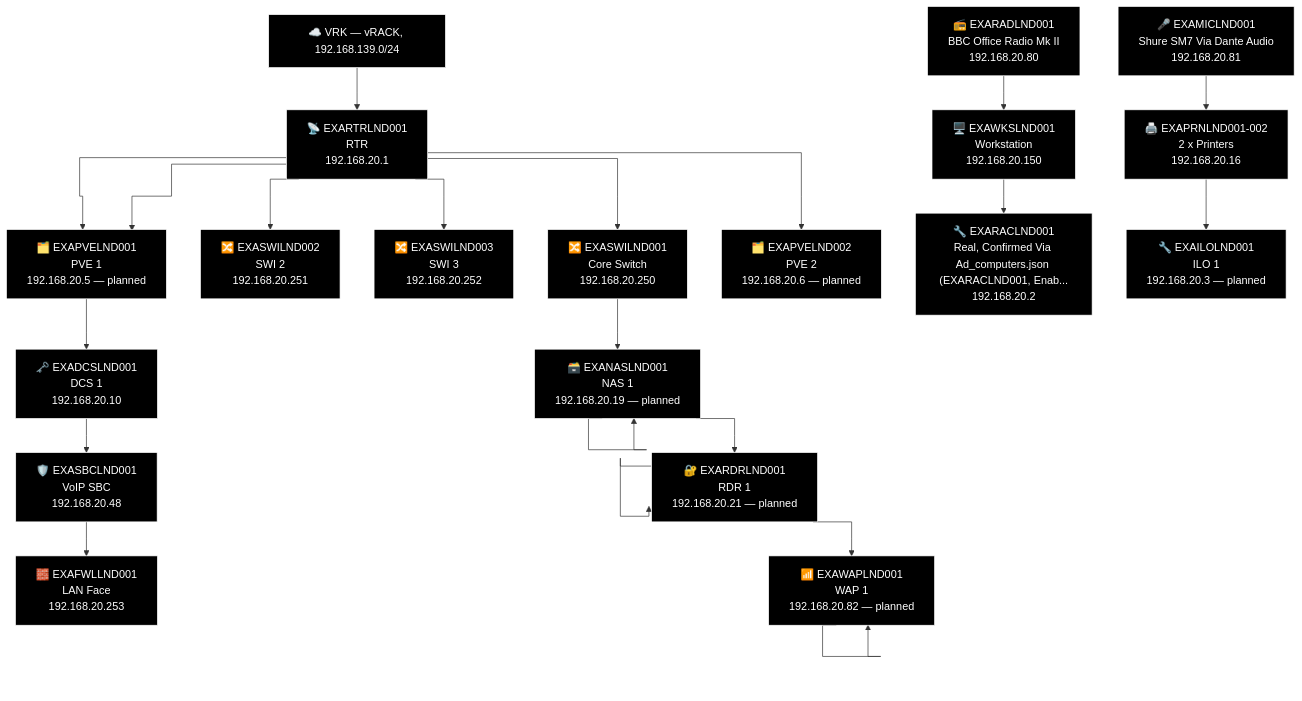
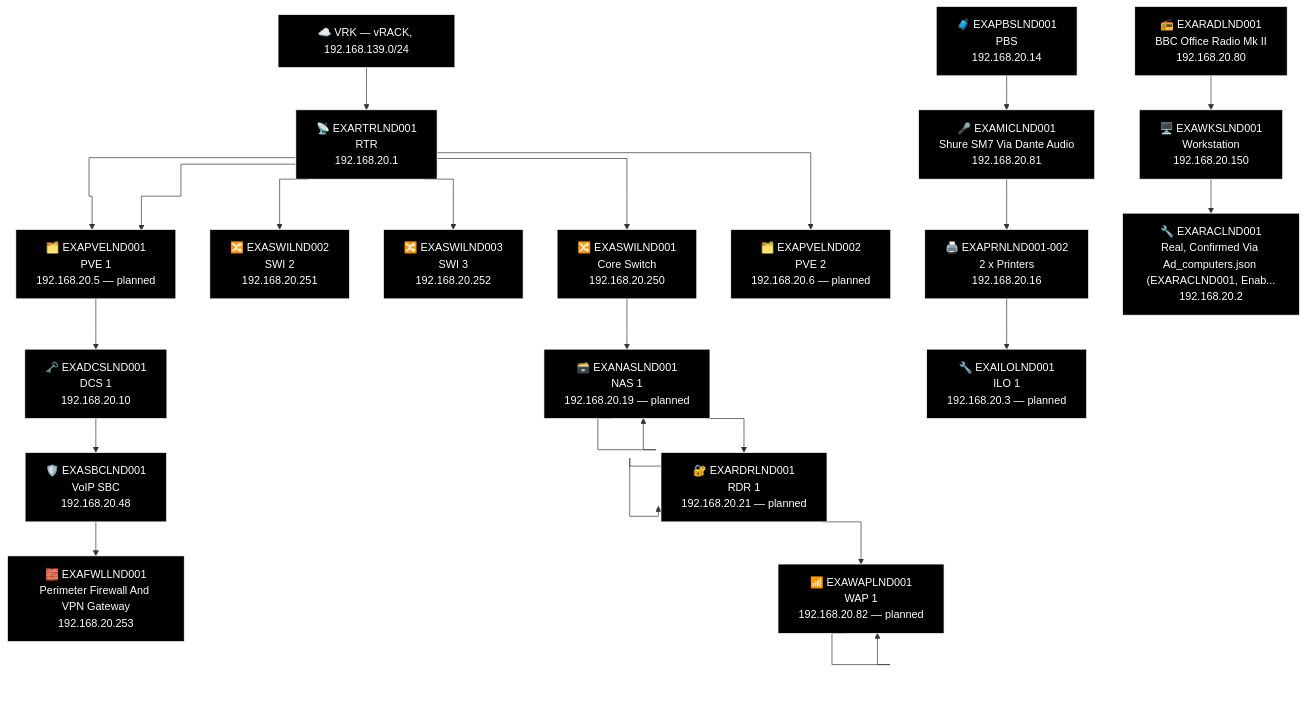
One commit to knightmare2600/example_music_infra changed the third of 27 diagrams in docs/network-diagram/england.md. Above: the diagram before and after it, drawn with Mermaid. The commit also changed other lines of this file and 14 other files, not shown here.

First line of the commit message:
docs/network-diagram: regenerate, every site was missing its PBS node

````diff
--- a/docs/network-diagram/england.md
+++ b/docs/network-diagram/england.md
@@ -97,63 +97,65 @@
 ```mermaid
 %% GENERATED:TOPOLOGY:LND:START
 %%{init: {'flowchart': {'curve': 'stepAfter'}}}%%
 graph TD
     T_VRK["☁️ VRK — vRACK, 192.168.139.0/24"]
     T_RTR["📡 EXARTRLND001<br/>RTR<br/>192.168.20.1"]
     T_VRK --> T_RTR
     T_PVE["🗂️ EXAPVELND001<br/>PVE 1<br/>192.168.20.5"]
     T_RTR --> T_PVE
     T_SWI["🔀 EXASWILND002<br/>SWI 2<br/>192.168.20.251"]
     T_RTR --> T_SWI
     T_SWI2["🔀 EXASWILND003<br/>SWI 3<br/>192.168.20.252"]
     T_RTR --> T_SWI2
     T_SWI3["🔀 EXASWILND001<br/>Core Switch<br/>192.168.20.250"]
     T_RTR --> T_SWI3
     T_PVE["🗂️ EXAPVELND001<br/>PVE 1<br/>192.168.20.5 — planned"]
     T_RTR --> T_PVE
     T_PVE2["🗂️ EXAPVELND002<br/>PVE 2<br/>192.168.20.6 — planned"]
     T_RTR --> T_PVE2
     T_NAS["🗃️ EXANASLND001<br/>NAS<br/>192.168.20.19"]
     T_NAS["🗃️ EXANASLND001<br/>NAS 1<br/>192.168.20.19 — planned"]
     T_RDR["🔐 EXARDRLND001<br/>RDR<br/>192.168.20.21"]
     T_RDR["🔐 EXARDRLND001<br/>RDR 1<br/>192.168.20.21 — planned"]
     T_WAP["📶 EXAWAPLND001<br/>WAP 1<br/>192.168.20.82"]
     T_WAP["📶 EXAWAPLND001<br/>WAP 1<br/>192.168.20.82 — planned"]
     T_SWI3 --> T_NAS --> T_NAS --> T_RDR --> T_RDR --> T_WAP --> T_WAP
     T_DCS["🗝️ EXADCSLND001<br/>DCS 1<br/>192.168.20.10"]
     T_SBC["🛡️ EXASBCLND001<br/>VoIP SBC<br/>192.168.20.48"]
-    T_FWL["🧱 EXAFWLLND001<br/>LAN Face<br/>192.168.20.253"]
+    T_FWL["🧱 EXAFWLLND001<br/>Perimeter Firewall And VPN Gateway<br/>192.168.20.253"]
     T_PVE --> T_DCS --> T_SBC --> T_FWL
+    T_PBS["🧳 EXAPBSLND001<br/>PBS<br/>192.168.20.14"]
     T_RAD["📻 EXARADLND001<br/>BBC Office Radio Mk II<br/>192.168.20.80"]
     T_MIC["🎤 EXAMICLND001<br/>Shure SM7 Via Dante Audio<br/>192.168.20.81"]
     T_WKS["🖥️ EXAWKSLND001<br/>Workstation<br/>192.168.20.150"]
     T_OTH_PRN["🖨️ EXAPRNLND001-002<br/>2 x Printers<br/>192.168.20.16"]
     T_RAC["🔧 EXARACLND001<br/>Real, Confirmed Via Ad_computers.json (EXARACLND001, Enab...<br/>192.168.20.2"]
     T_ILO["🔧 EXAILOLND001<br/>ILO 1<br/>192.168.20.3 — planned"]
+    T_PBS --> T_MIC --> T_OTH_PRN --> T_ILO
     T_RAD --> T_WKS --> T_RAC
-    T_MIC --> T_OTH_PRN --> T_ILO
     style T_VRK fill:#000000,stroke:#FFFFFF,color:#FFFFFF
     style T_RTR fill:#000000,stroke:#FFFFFF,color:#FFFFFF
     style T_PVE fill:#000000,stroke:#FFFFFF,color:#FFFFFF
     style T_SWI fill:#000000,stroke:#FFFFFF,color:#FFFFFF
     style T_SWI2 fill:#000000,stroke:#FFFFFF,color:#FFFFFF
     style T_SWI3 fill:#000000,stroke:#FFFFFF,color:#FFFFFF
     style T_PVE fill:#000000,stroke:#FFFFFF,color:#FFFFFF
     style T_PVE2 fill:#000000,stroke:#FFFFFF,color:#FFFFFF
     style T_NAS fill:#000000,stroke:#FFFFFF,color:#FFFFFF
     style T_NAS fill:#000000,stroke:#FFFFFF,color:#FFFFFF
     style T_RDR fill:#000000,stroke:#FFFFFF,color:#FFFFFF
     style T_RDR fill:#000000,stroke:#FFFFFF,color:#FFFFFF
     style T_WAP fill:#000000,stroke:#FFFFFF,color:#FFFFFF
     style T_WAP fill:#000000,stroke:#FFFFFF,color:#FFFFFF
     style T_DCS fill:#000000,stroke:#FFFFFF,color:#FFFFFF
     style T_SBC fill:#000000,stroke:#FFFFFF,color:#FFFFFF
     style T_FWL fill:#000000,stroke:#FFFFFF,color:#FFFFFF
+    style T_PBS fill:#000000,stroke:#FFFFFF,color:#FFFFFF
     style T_RAD fill:#000000,stroke:#FFFFFF,color:#FFFFFF
     style T_MIC fill:#000000,stroke:#FFFFFF,color:#FFFFFF
     style T_WKS fill:#000000,stroke:#FFFFFF,color:#FFFFFF
     style T_OTH_PRN fill:#000000,stroke:#FFFFFF,color:#FFFFFF
     style T_RAC fill:#000000,stroke:#FFFFFF,color:#FFFFFF
     style T_ILO fill:#000000,stroke:#FFFFFF,color:#FFFFFF
 %% GENERATED:TOPOLOGY:LND:END
 ```
````
